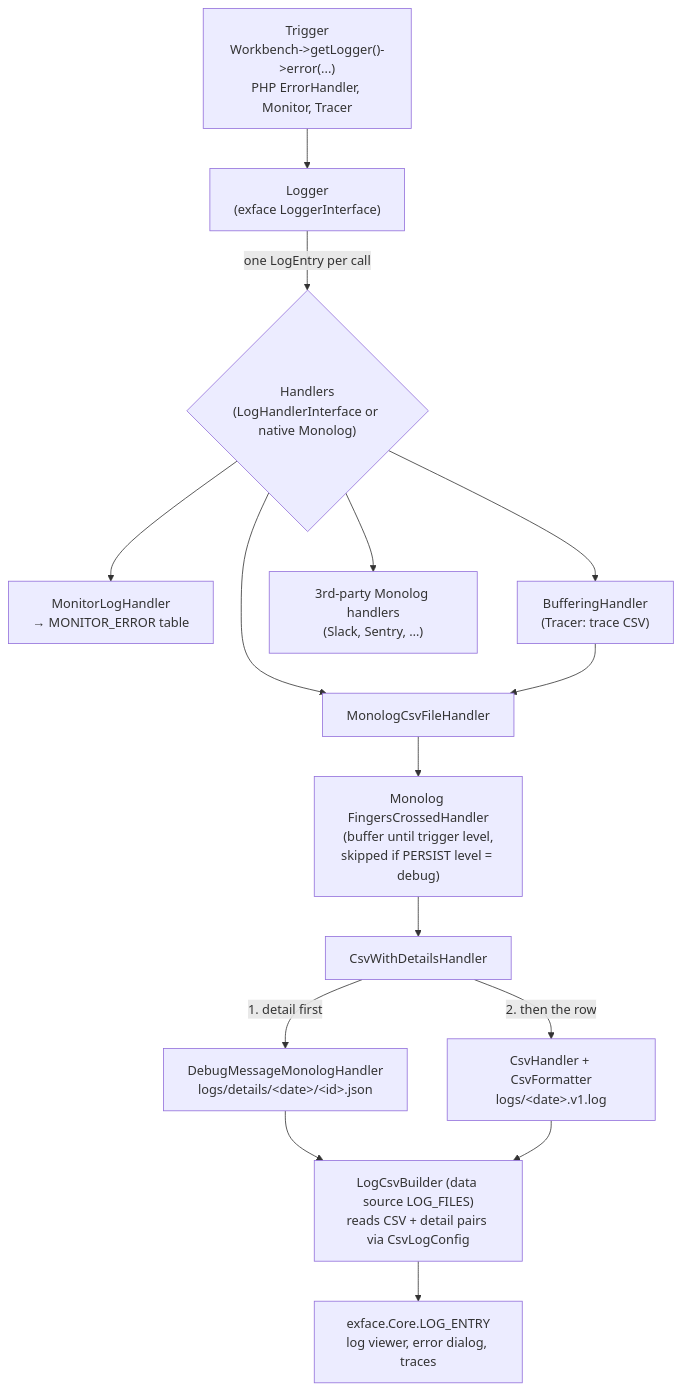
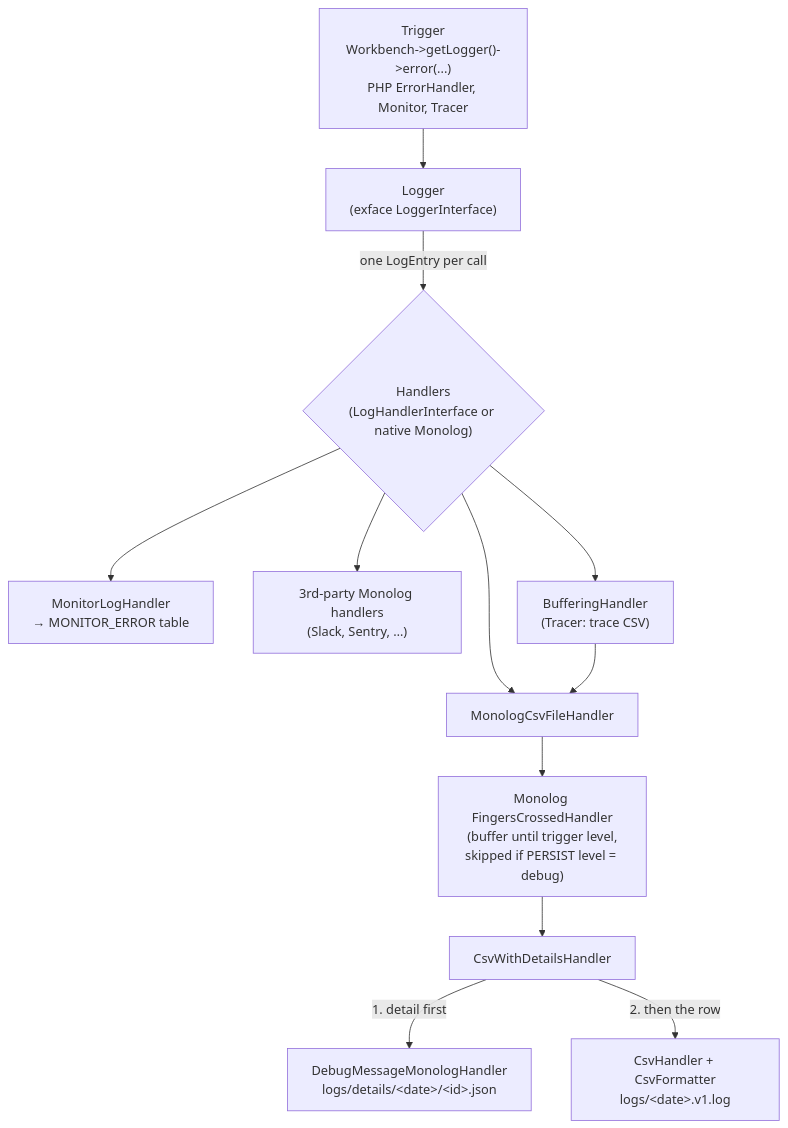
One commit to ExFace/Core changed the first of 2 diagrams in CommonLogic/Log/LOGGING_REWRITE_GUIDE.md. Above: the diagram before and after it, drawn with Mermaid. The commit also changed other lines of this file, not shown here.

````diff
--- a/CommonLogic/Log/LOGGING_REWRITE_GUIDE.md
+++ b/CommonLogic/Log/LOGGING_REWRITE_GUIDE.md
@@ -14,16 +63,14 @@
 ```mermaid
 flowchart TD
     T["Trigger<br/>Workbench->getLogger()->error(...)<br/>PHP ErrorHandler, Monitor, Tracer"] --> L["Logger<br/>(exface LoggerInterface)"]
     L -->|"one LogEntry per call"| H{"Handlers<br/>(LogHandlerInterface or native Monolog)"}
     H --> CSV["MonologCsvFileHandler"]
     H --> MON["MonitorLogHandler<br/>→ MONITOR_ERROR table"]
+    H --> EXT["3rd-party Monolog handlers<br/>(Slack, Sentry, …)"]
     H --> BUF["BufferingHandler<br/>(Tracer: trace CSV)"]
-    H --> EXT["3rd-party Monolog handlers<br/>(Slack, Sentry, …)"]
     BUF --> CSV
     CSV --> FC["Monolog FingersCrossedHandler<br/>(buffer until trigger level,<br/>skipped if PERSIST level = debug)"]
     FC --> CWD["CsvWithDetailsHandler"]
     CWD -->|"1. detail first"| DET["DebugMessageMonologHandler<br/>logs/details/&lt;date&gt;/&lt;id&gt;.json"]
     CWD -->|"2. then the row"| ROW["CsvHandler + CsvFormatter<br/>logs/&lt;date&gt;.v1.log"]
-    DET & ROW --> RD["LogCsvBuilder (data source LOG_FILES)<br/>reads CSV + detail pairs via CsvLogConfig"]
-    RD --> UI["exface.Core.LOG_ENTRY<br/>log viewer, error dialog, traces"]
 ```
````
